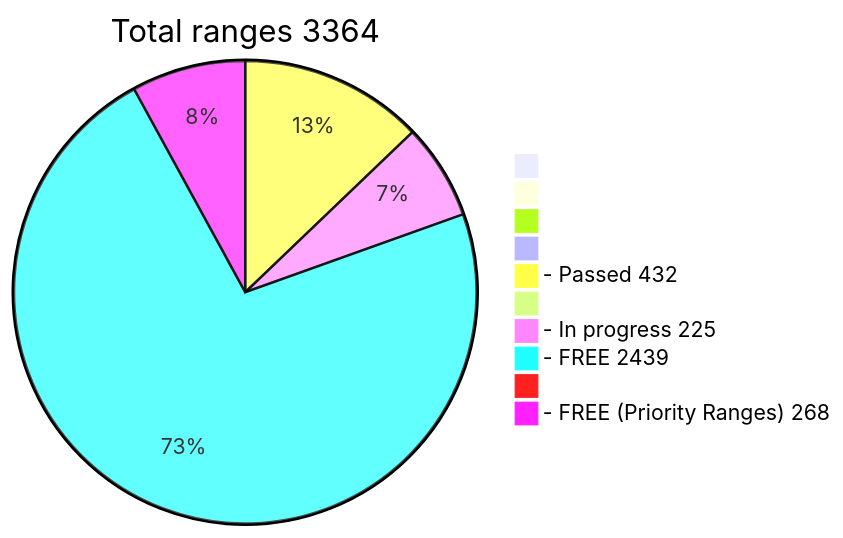
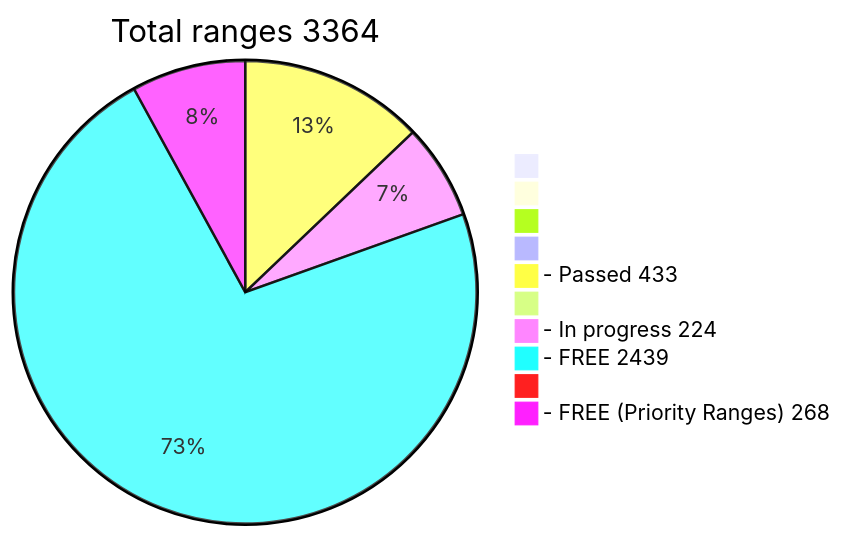
One commit to phrutis/wif500 changed the diagram in README.md. Above: the diagram before and after it, drawn with Mermaid.

````diff
--- a/README.md
+++ b/README.md
@@ -16,13 +16,13 @@
 ```mermaid
 pie title Total ranges 3364
              " " : 0
             "  " : 0
            "   " : 0
           "    " : 0
-  "- Passed 432" : 432
+  "- Passed 433" : 433
          "     " : 0
-  "- In progress 225" : 225
+  "- In progress 224" : 224
    "- FREE 2439" : 2439
         "      " : 0
   "- FREE (Priority Ranges) 268" : 268
 ```
````
